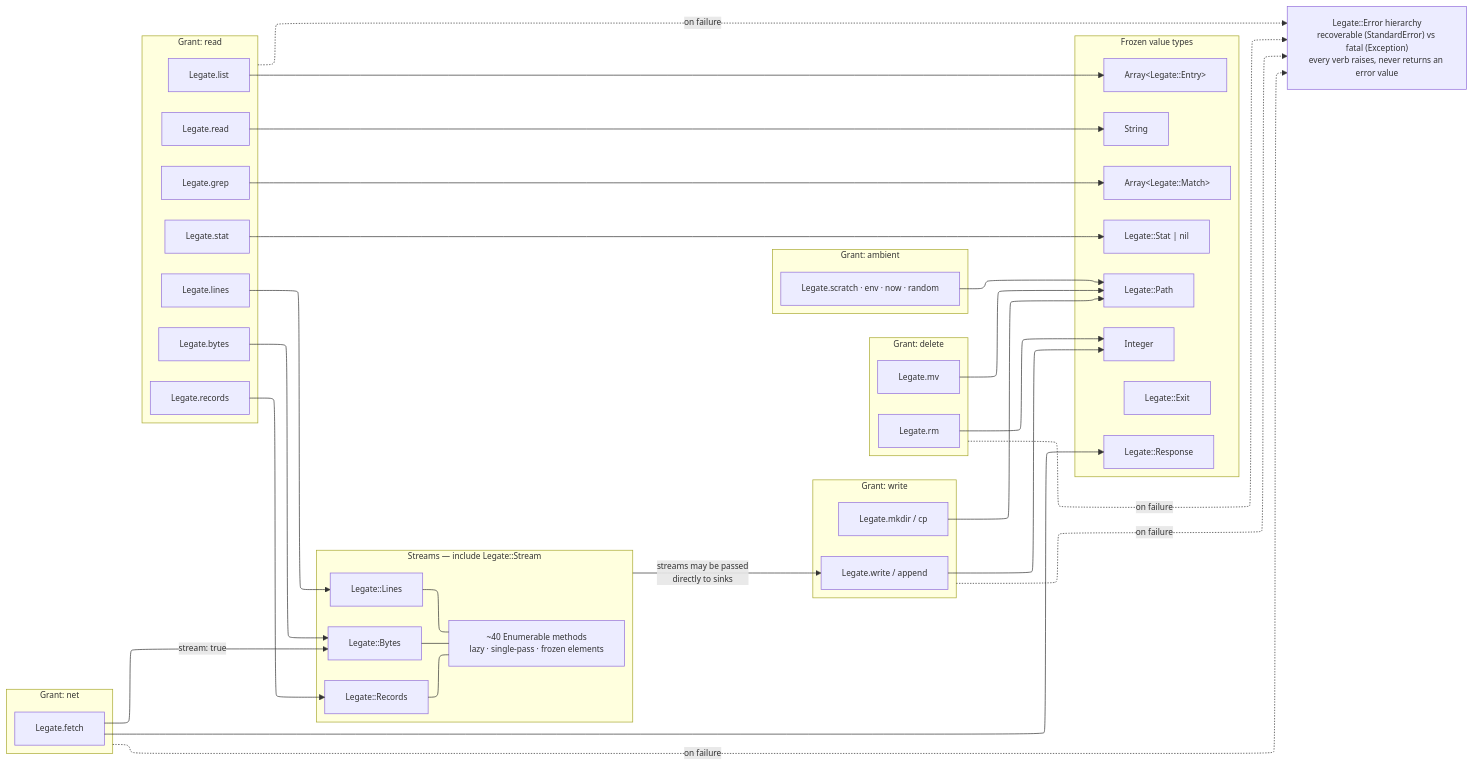
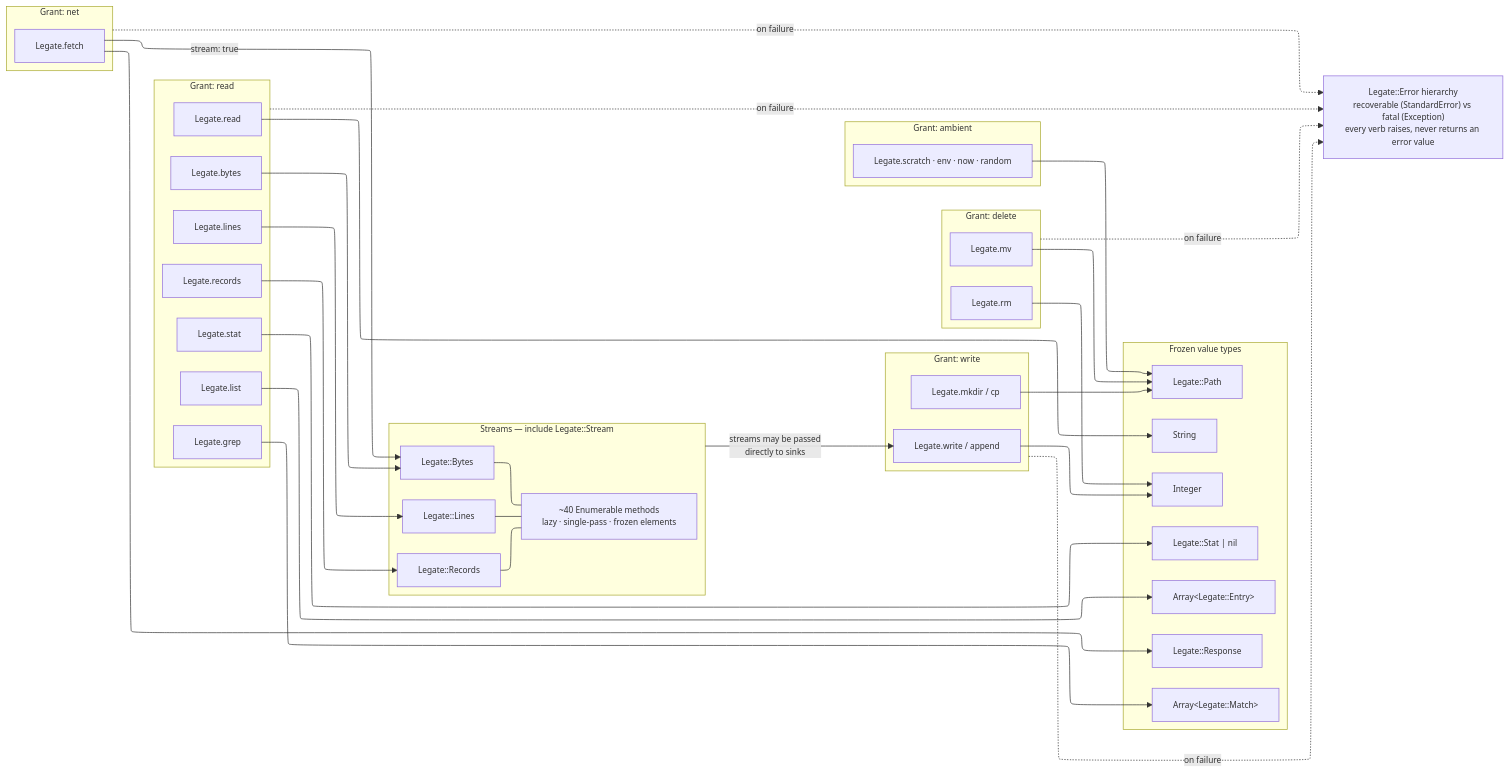
One commit to ModelArmy/adjutant.cr changed the second of 3 diagrams in LEGATE.md. Above: the diagram before and after it, drawn with Mermaid. The commit also changed other lines of this file and 12 other files, not shown here.

````diff
--- a/LEGATE.md
+++ b/LEGATE.md
@@ -312,78 +310,77 @@
 ```mermaid
 ---
 displayMode: compact
 config:
   layout: elk
   themeVariables:
     fontSize: 12px
 ---
 flowchart LR
     subgraph G1["Grant: read"]
         V1["Legate.read"]
         V2["Legate.stat"]
         V3["Legate.list"]
         V4["Legate.grep"]
         V5["Legate.lines"]
         V6["Legate.bytes"]
         V7["Legate.records"]
     end
 
     subgraph G2["Grant: write"]
         V8["Legate.write / append"]
         V9["Legate.mkdir / cp"]
     end
 
     subgraph G2D["Grant: delete"]
         V10["Legate.rm"]
         V10B["Legate.mv"]
     end
 
     subgraph G3["Grant: net"]
         V11["Legate.fetch"]
     end
 
     subgraph G5["Grant: ambient"]
         V13["Legate.scratch · env · now · random"]
     end
 
     subgraph VAL["Frozen value types"]
         T1["String"]
         T2["Legate::Stat | nil"]
         T3["Array&lt;Legate::Entry&gt;"]
         T4["Array&lt;Legate::Match&gt;"]
         T5["Legate::Response"]
-        T6["Legate::Exit"]
         T7["Legate::Path"]
         T8["Integer"]
     end
 
     subgraph STR["Streams — include Legate::Stream"]
         S1["Legate::Lines"]
         S2["Legate::Bytes"]
         S3["Legate::Records"]
         SP["~40 Enumerable methods<br/>lazy · single-pass · frozen elements"]
         S1 --- SP
         S2 --- SP
         S3 --- SP
     end
 
     V1 --> T1
     V2 --> T2
     V3 --> T3
     V4 --> T4
     V5 --> S1
     V6 --> S2
     V7 --> S3
     V8 --> T8
     V9 --> T7
     V10 --> T8
     V10B --> T7
     V11 --> T5
     V13 --> T7
 
     STR -->|"streams may be passed<br/>directly to sinks"| V8
     V11 -->|"stream: true"| S2
 
     ERR["Legate::Error hierarchy<br/>recoverable (StandardError) vs fatal (Exception)<br/>every verb raises, never returns an error value"]
     G1 & G2 & G2D & G3 -.->|"on failure"| ERR
 ```
````
